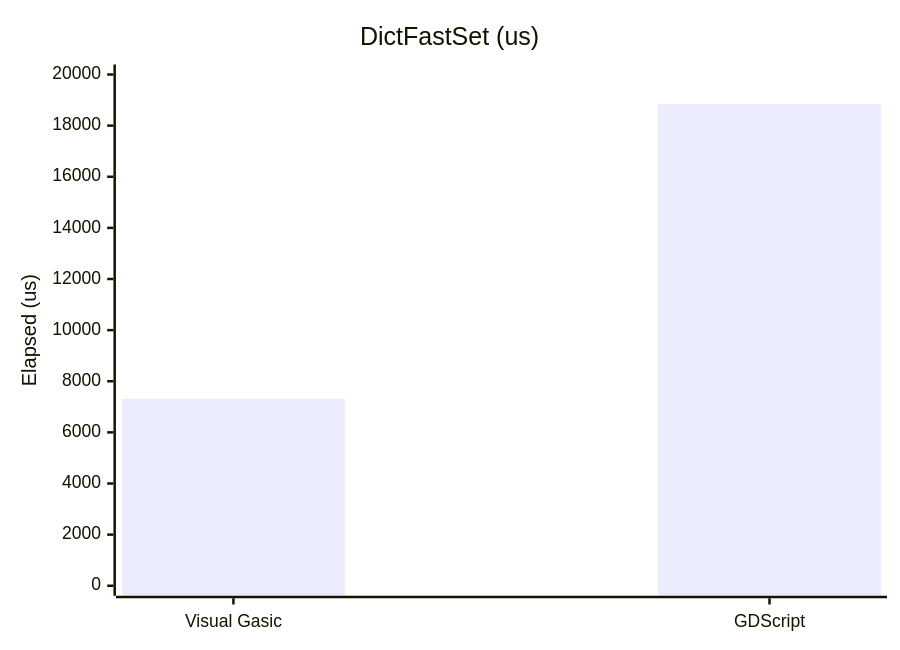
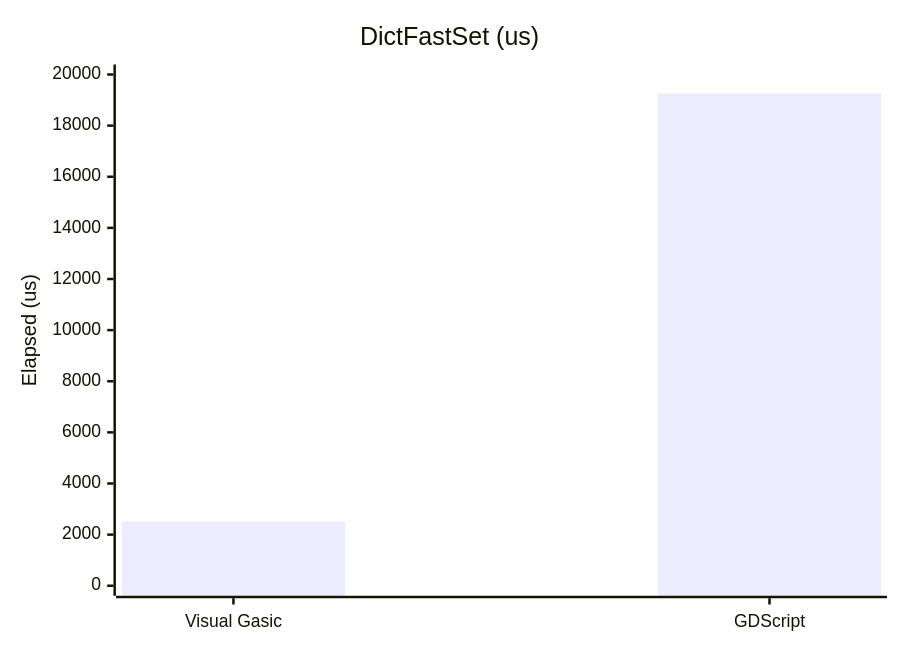
Before and after one commit to xgreenrx-star/VisualGasic: the eighth of 11 diagrams in docs/manual/performance.md, drawn with Mermaid. The commit also changed other lines of this file and 3 other files, not shown here.

````diff
--- a/docs/manual/performance.md
+++ b/docs/manual/performance.md
@@ -137,7 +145,7 @@
 ```mermaid
 xychart-beta
     title "DictFastSet (us)"
     x-axis ["Visual Gasic","GDScript"]
     y-axis "Elapsed (us)" 0 --> 20000
-    bar [7304,18846]
+    bar [2519,19266]
 ```
````
